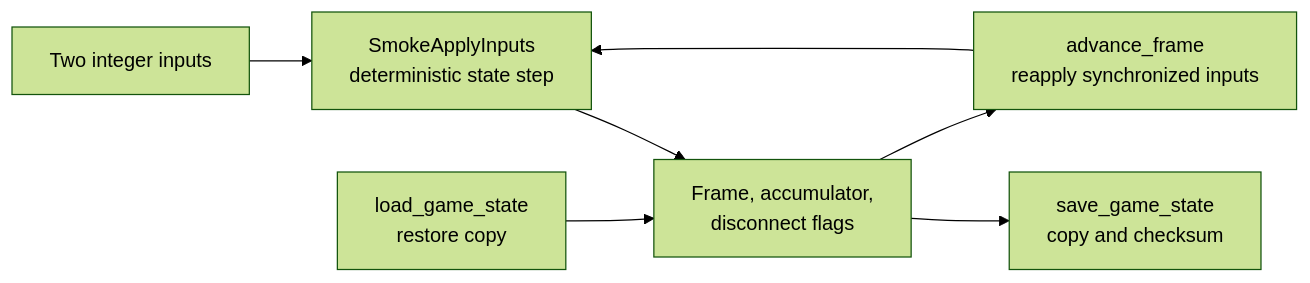
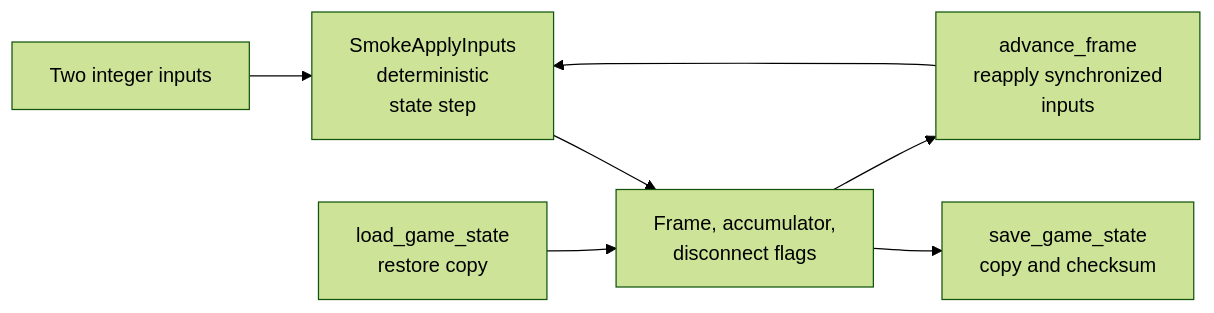
One commit to irregularthanis/ggpo-next changed the second of 3 diagrams in doc/architecture/Testing.md. Above: the diagram before and after it, drawn with Mermaid (forest theme). The commit also changed other lines of this file and 9 other files, not shown here.

Commit message:
docs: wrap Mermaid diagram labels

````diff
--- a/doc/architecture/Testing.md
+++ b/doc/architecture/Testing.md
@@ -98,14 +98,14 @@
 ```mermaid
 flowchart LR
     Inputs["Two integer inputs"]
-    Step["SmokeApplyInputs<br/>deterministic state step"]
+    Step["SmokeApplyInputs<br/>deterministic<br/>state step"]
     State["Frame, accumulator,<br/>disconnect flags"]
     Save["save_game_state<br/>copy and checksum"]
     Load["load_game_state<br/>restore copy"]
-    Replay["advance_frame<br/>reapply synchronized inputs"]
+    Replay["advance_frame<br/>reapply synchronized<br/>inputs"]
 
     Inputs --> Step --> State
     State --> Save
     Load --> State
     State --> Replay --> Step
 ```
````
